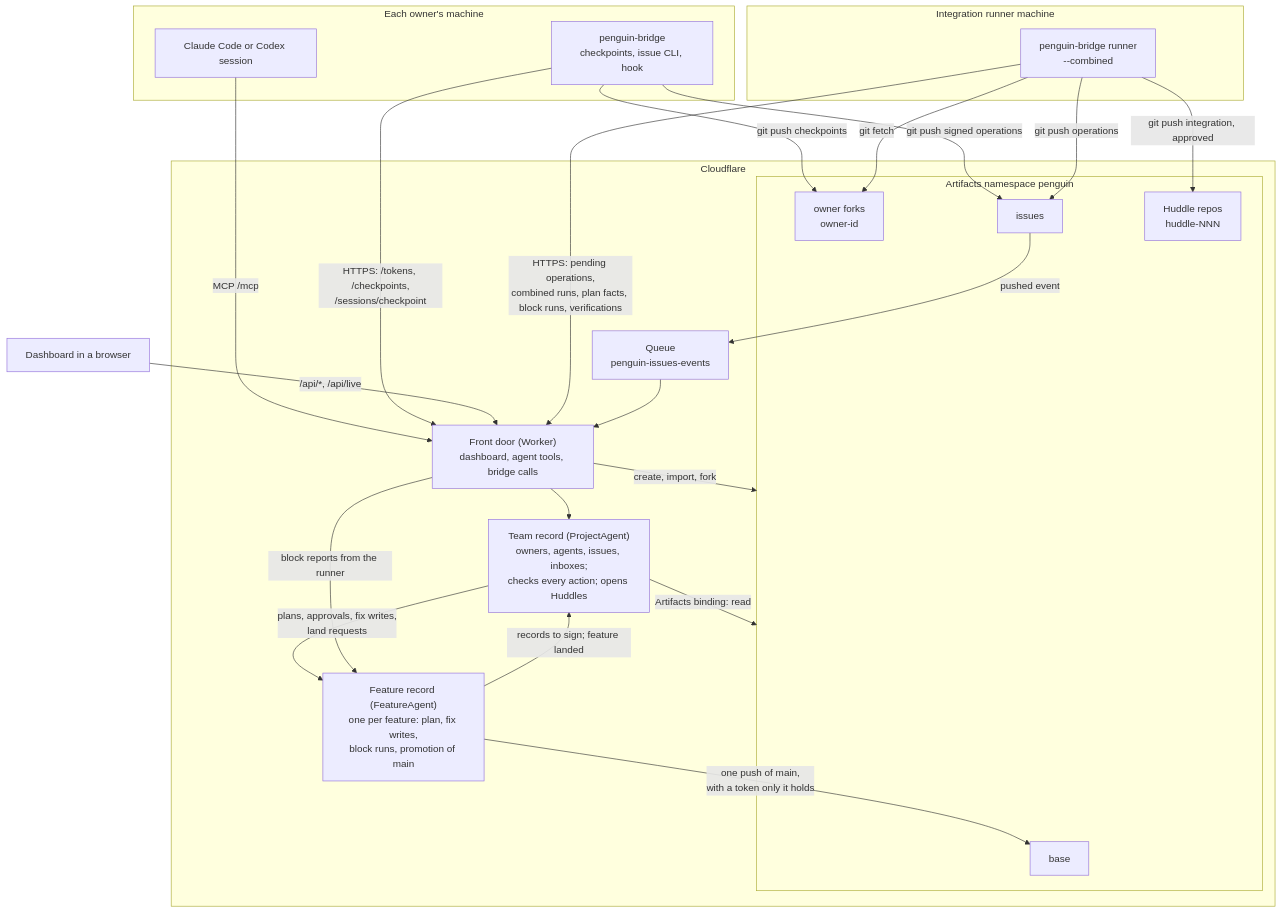
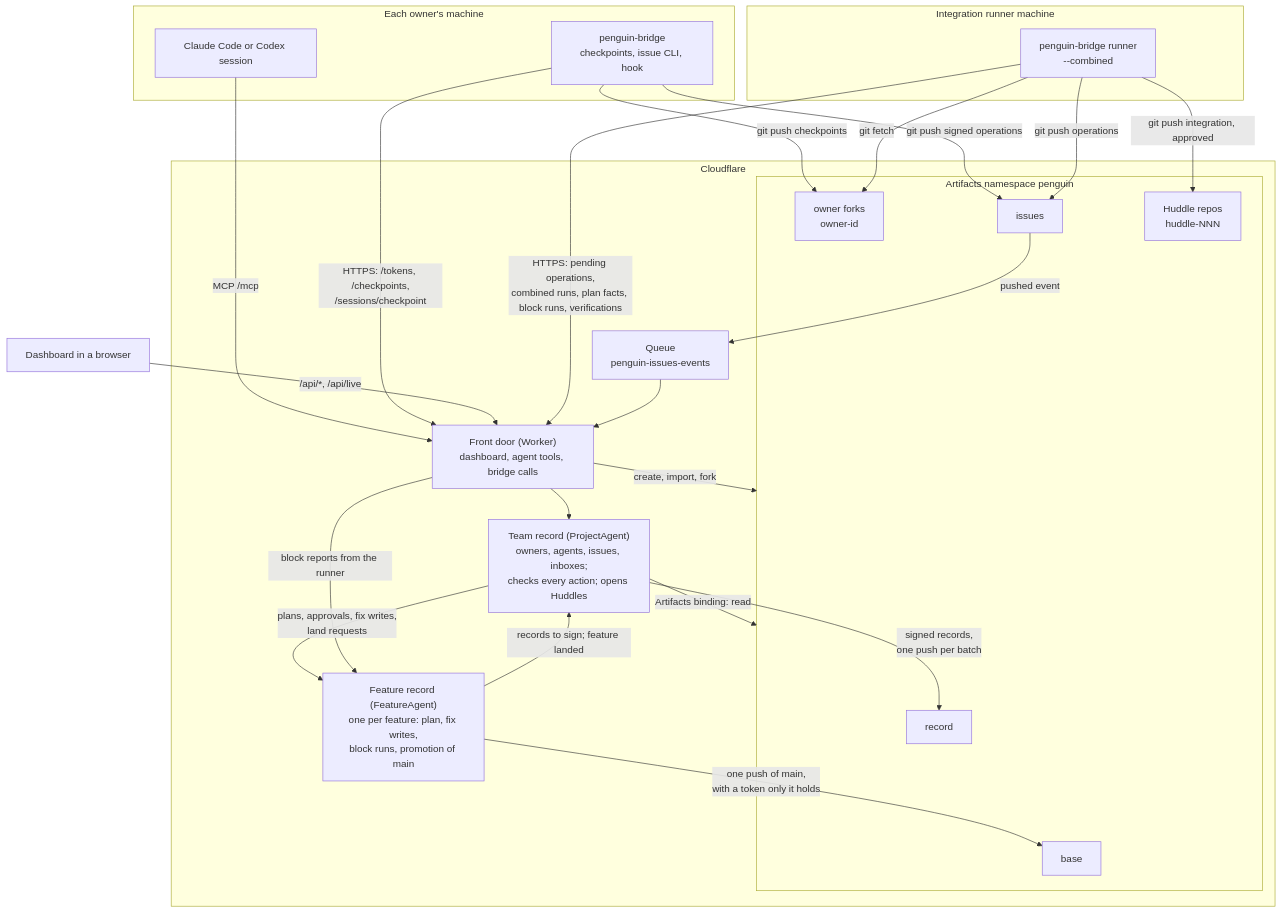
The diagram in docs/architecture.md (reversely/penguin), drawn with Mermaid before and after one commit. The commit also changed other lines of this file and 25 other files, not shown here.

First line of the commit message:
feat(worker): commit signed records to a record repo in Artifacts

````diff
--- a/docs/architecture.md
+++ b/docs/architecture.md
@@ -33,41 +33,43 @@
 ```mermaid
 flowchart TB
   subgraph Owner["Each owner's machine"]
     Agent["Claude Code or Codex session"]
     Bridge["penguin-bridge<br/>checkpoints, issue CLI, hook"]
   end
   subgraph RunnerBox["Integration runner machine"]
     Runner["penguin-bridge runner<br/>--combined"]
   end
   Browser["Dashboard in a browser"]
   subgraph CF["Cloudflare"]
     Worker["Front door (Worker)<br/>dashboard, agent tools, bridge calls"]
     PA["Team record (ProjectAgent)<br/>owners, agents, issues, inboxes;<br/>checks every action; opens Huddles"]
     HA["Feature record (FeatureAgent)<br/>one per feature: plan, fix writes,<br/>block runs, promotion of main"]
     Queue["Queue<br/>penguin-issues-events"]
     subgraph Art["Artifacts namespace penguin"]
       Base["base"]
       Forks["owner forks<br/>owner-id"]
       Issues["issues"]
       Huddle["Huddle repos<br/>huddle-NNN"]
+      Record["record"]
     end
   end
   Agent -- "MCP /mcp" --> Worker
   Bridge -- "HTTPS: /tokens, /checkpoints,<br/>/sessions/checkpoint" --> Worker
   Bridge -- "git push checkpoints" --> Forks
   Bridge -- "git push signed operations" --> Issues
   Browser -- "/api/*, /api/live" --> Worker
   Runner -- "HTTPS: pending operations,<br/>combined runs, plan facts, block runs, verifications" --> Worker
   Runner -- "git fetch" --> Forks
   Runner -- "git push operations" --> Issues
   Runner -- "git push integration, approved" --> Huddle
   Issues -- "pushed event" --> Queue
   Queue --> Worker
   Worker --> PA
   PA -- "plans, approvals, fix writes,<br/>land requests" --> HA
   Worker -- "block reports from the runner" --> HA
   HA -- "records to sign; feature landed" --> PA
   HA -- "one push of main,<br/>with a token only it holds" --> Base
+  PA -- "signed records,<br/>one push per batch" --> Record
   PA -- "Artifacts binding: read" --> Art
   Worker -- "create, import, fork" --> Art
 ```
````
